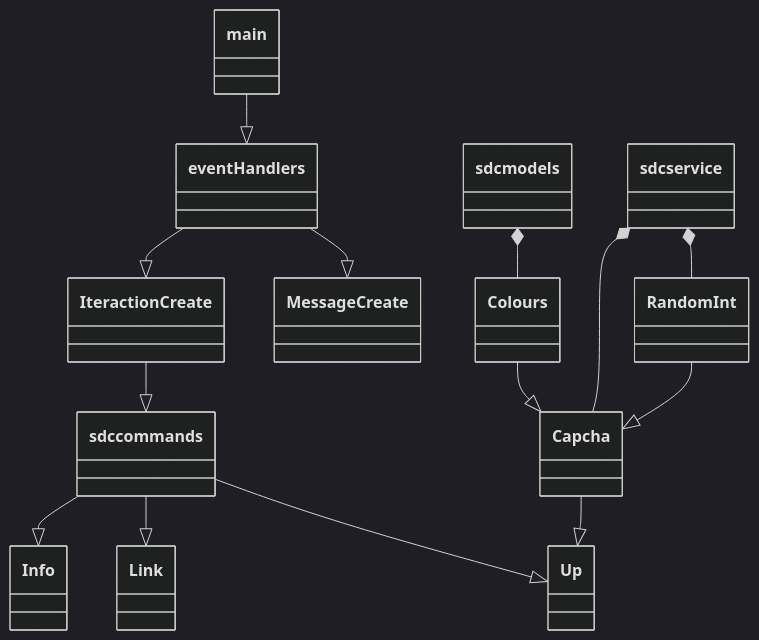
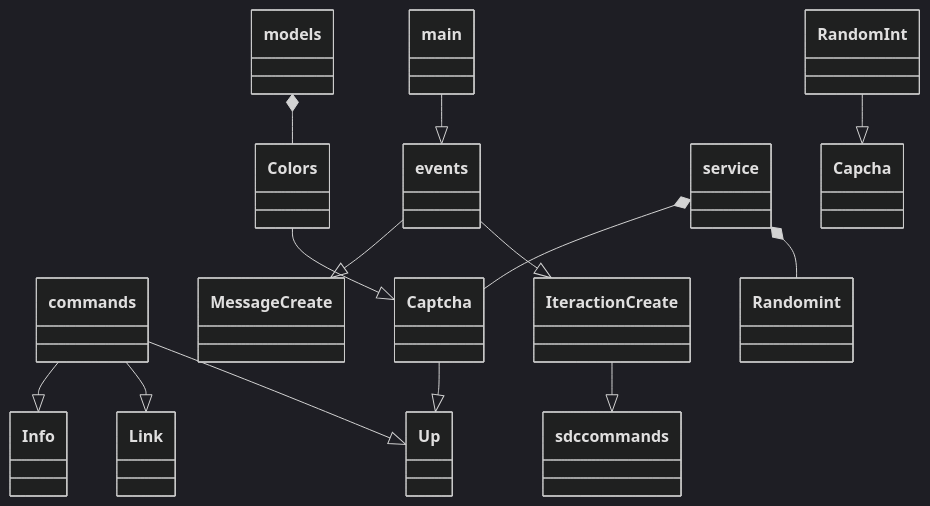
The diagram in diagram.md (vare-team/sdc-bot), drawn with Mermaid (dark theme) before and after one commit. The commit also changed 9 other files, not shown here.

````diff
--- a/diagram.md
+++ b/diagram.md
@@ -1,25 +1,25 @@
 ```mermaid
 classDiagram
 
-main --|> eventHandlers
+main --|> events
 
-sdccommands --|> Info
-sdccommands --|> Link
+commands --|> Info
+commands --|> Link
 
-sdccommands --|> Up
-Capcha --|> Up
+commands --|> Up
+Captcha --|> Up
 
-Colours --|> Capcha
+Colors --|> Captcha
 
-eventHandlers --|> MessageCreate
-eventHandlers --|> IteractionCreate
+events --|> MessageCreate
+events --|> IteractionCreate
 
 IteractionCreate --|> sdccommands
 
-sdcmodels *-- Colours
+models *-- Colors
 
-sdcservice *-- Capcha
-sdcservice *-- RandomInt
+service *-- Captcha
+service *-- Random int
 
-RandomInt --|> Capcha
+Random Int --|> Capcha
 ```
````
